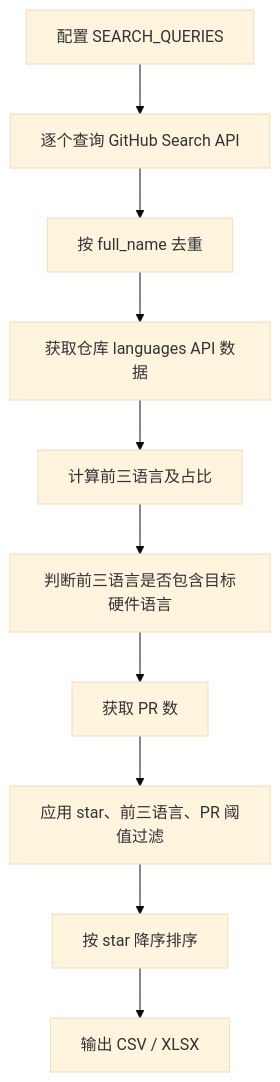
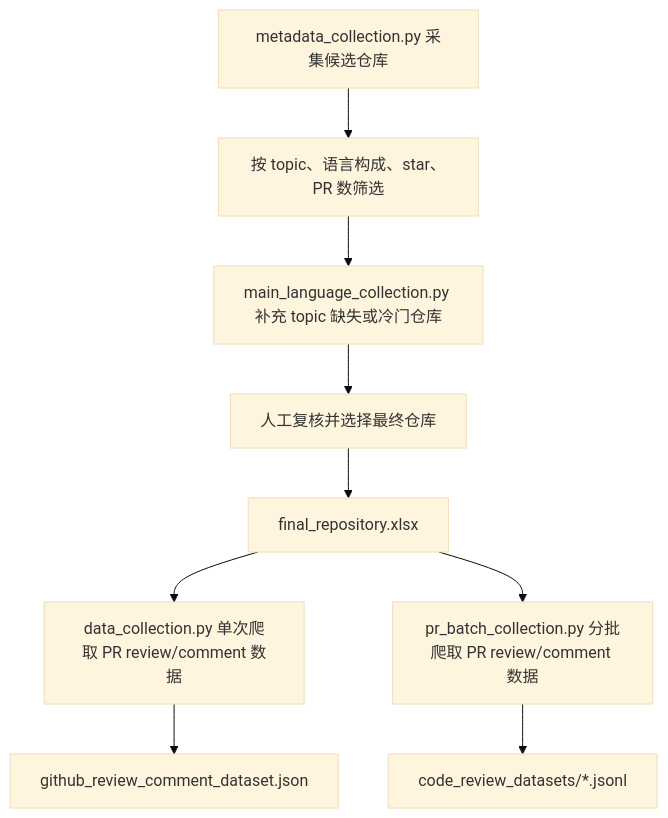
One commit to Untamed624/EDA_code_review_automation changed the diagram in README.md. Above: the diagram before and after it, drawn with Mermaid (base theme). The commit also changed other lines of this file, not shown here.

````diff
--- a/README.md
+++ b/README.md
@@ -49,12 +9,11 @@
 ```mermaid
 flowchart TD
-    A["配置 SEARCH_QUERIES"] --> B["逐个查询 GitHub Search API"]
-    B --> C["按 full_name 去重"]
-    C --> D["获取仓库 languages API 数据"]
-    D --> E["计算前三语言及占比"]
-    E --> F["判断前三语言是否包含目标硬件语言"]
-    F --> G["获取 PR 数"]
-    G --> H["应用 star、前三语言、PR 阈值过滤"]
-    H --> I["按 star 降序排序"]
-    I --> J["输出 CSV / XLSX"]
+    A["metadata_collection.py 采集候选仓库"] --> B["按 topic、语言构成、star、PR 数筛选"]
+    B --> C["main_language_collection.py 补充 topic 缺失或冷门仓库"]
+    C --> D["人工复核并选择最终仓库"]
+    D --> E["final_repository.xlsx"]
+    E --> F["data_collection.py 单次爬取 PR review/comment 数据"]
+    E --> H["pr_batch_collection.py 分批爬取 PR review/comment 数据"]
+    F --> G["github_review_comment_dataset.json"]
+    H --> I["code_review_datasets/*.jsonl"]
 ```
````
